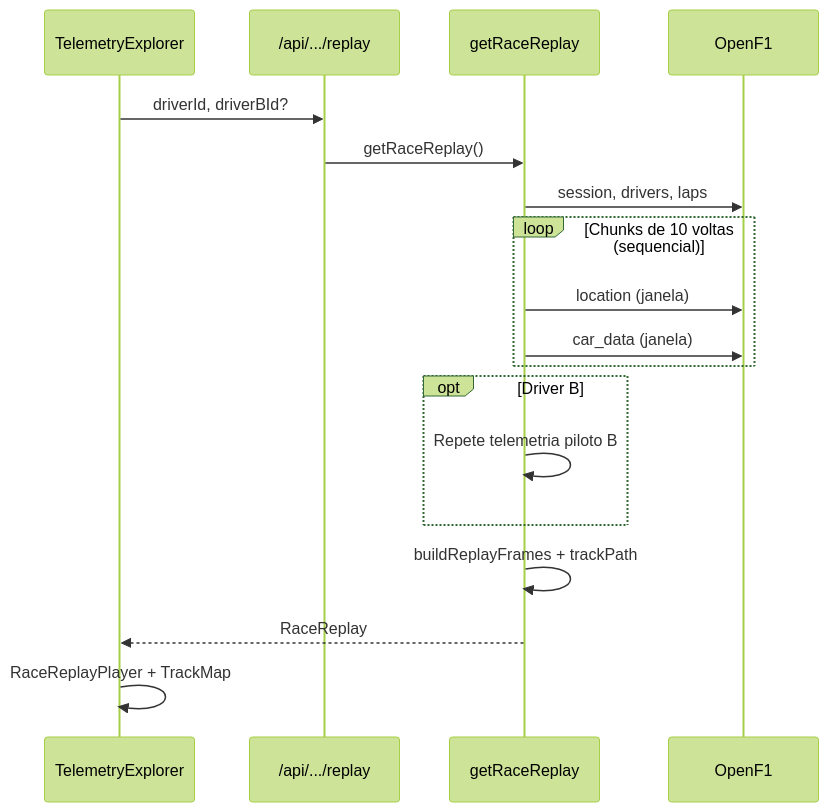
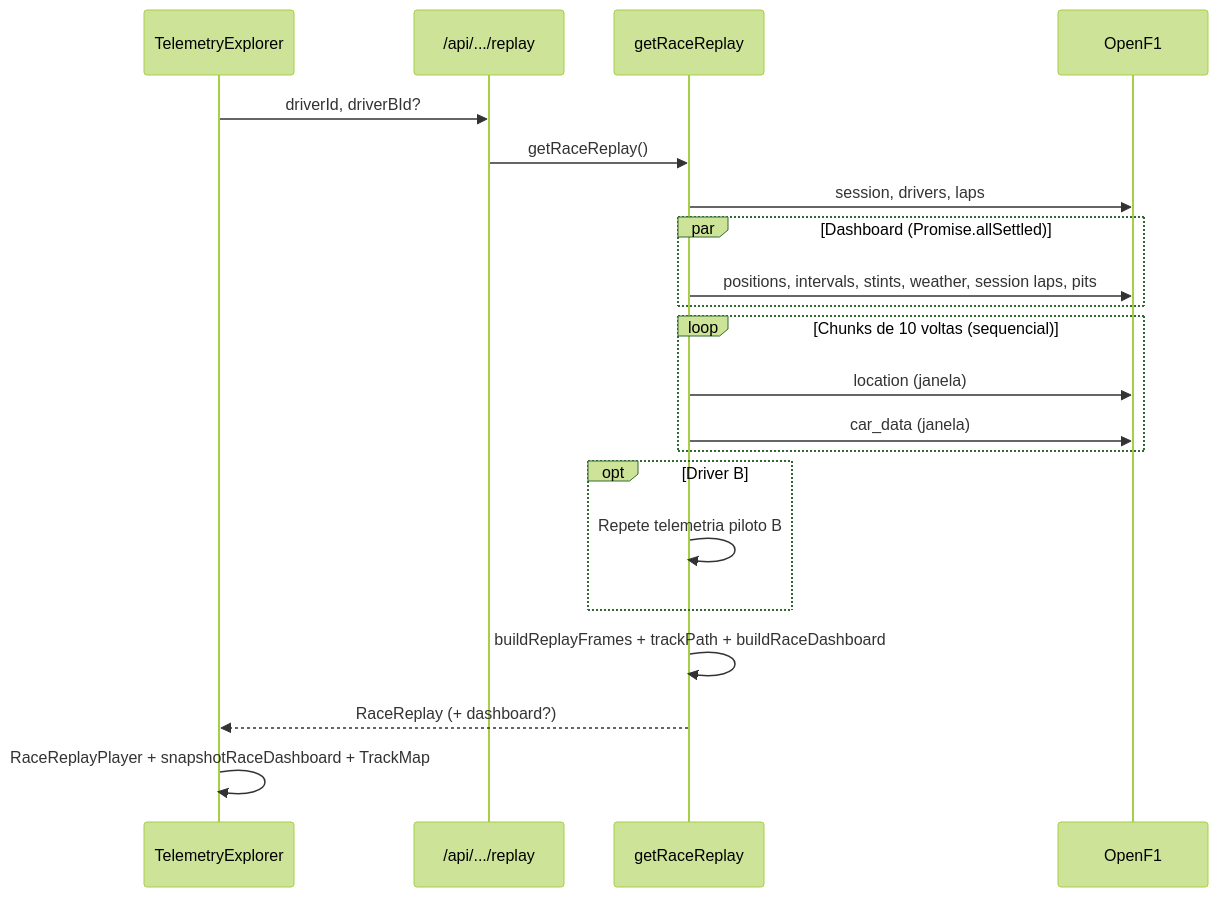
Before and after one commit to iamdevmarcos/f1-telemetry: the third of 3 diagrams in docs/architecture/architecture.md, drawn with Mermaid (forest theme). The commit also changed other lines of this file and 1 other file, not shown here.

First line of the commit message:
Document race dashboard in architecture guide.

````diff
--- a/docs/architecture/architecture.md
+++ b/docs/architecture/architecture.md
@@ -302,21 +307,24 @@
 ```mermaid
 sequenceDiagram
   participant TE as TelemetryExplorer
   participant API as /api/.../replay
   participant APP as getRaceReplay
   participant OF1 as OpenF1
 
   TE->>API: driverId, driverBId?
   API->>APP: getRaceReplay()
   APP->>OF1: session, drivers, laps
+  par Dashboard (Promise.allSettled)
+    APP->>OF1: positions, intervals, stints, weather, session laps, pits
+  end
   loop Chunks de 10 voltas (sequencial)
     APP->>OF1: location (janela)
     APP->>OF1: car_data (janela)
   end
   opt Driver B
     APP->>APP: Repete telemetria piloto B
   end
-  APP->>APP: buildReplayFrames + trackPath
-  APP-->>TE: RaceReplay
-  TE->>TE: RaceReplayPlayer + TrackMap
+  APP->>APP: buildReplayFrames + trackPath + buildRaceDashboard
+  APP-->>TE: RaceReplay (+ dashboard?)
+  TE->>TE: RaceReplayPlayer + snapshotRaceDashboard + TrackMap
 ```
````
